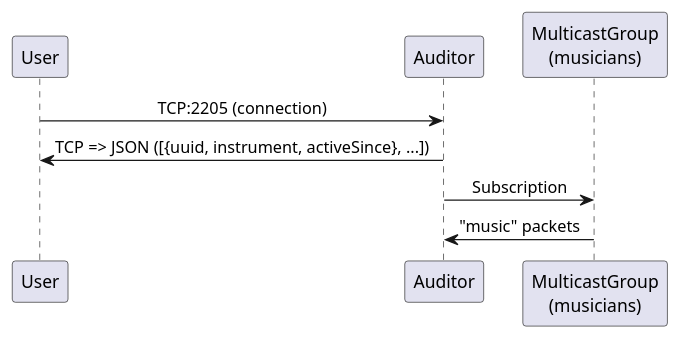
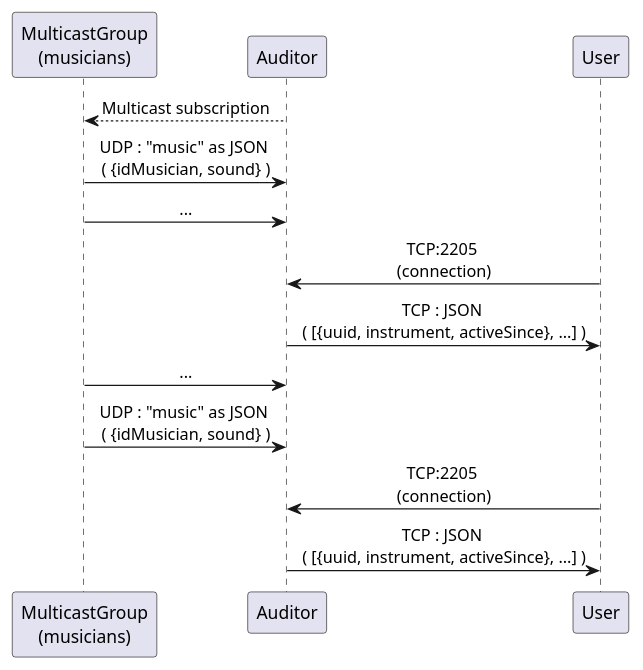
One commit to Kevin-s-Team/DAI-2022-UDP-Orchestra changed the second of 2 diagrams in README.md. Above: the diagram before and after it, drawn with PlantUML. The commit also changed other lines of this file, not shown here.

Commit message:
Fix diagrams / protocol ...

````diff
--- a/README.md
+++ b/README.md
@@ -27,12 +34,18 @@
 ```plantuml
 @startuml
 skinparam sequenceMessageAlign center
 
-User -> Auditor: TCP:2205 (connection)
-User <- Auditor: TCP => JSON ([{uuid, instrument, activeSince}, ...])
+"MulticastGroup\n(musicians)" <-- Auditor: Multicast subscription
+Auditor <- "MulticastGroup\n(musicians)": UDP : "music" as JSON \n( {idMusician, sound} )
+Auditor <- "MulticastGroup\n(musicians)": ...
 
-Auditor -> "MulticastGroup\n(musicians)": Subscription
-Auditor <- "MulticastGroup\n(musicians)": "music" packets
+User -> Auditor: TCP:2205 \n(connection)
+User <- Auditor: TCP : JSON \n( [{uuid, instrument, activeSince}, ...] )
 
+Auditor <- "MulticastGroup\n(musicians)": ...
+Auditor <- "MulticastGroup\n(musicians)": UDP : "music" as JSON \n( {idMusician, sound} )
+
+User -> Auditor: TCP:2205 \n(connection)
+User <- Auditor: TCP : JSON \n( [{uuid, instrument, activeSince}, ...] )
 @enduml
 ```
````
